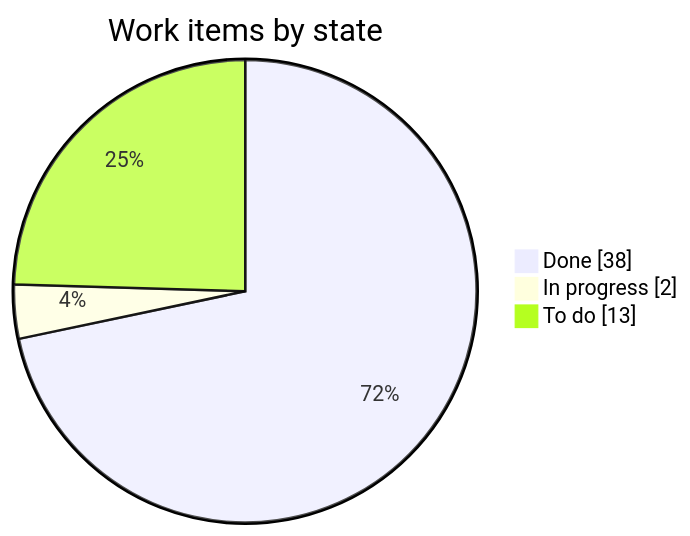
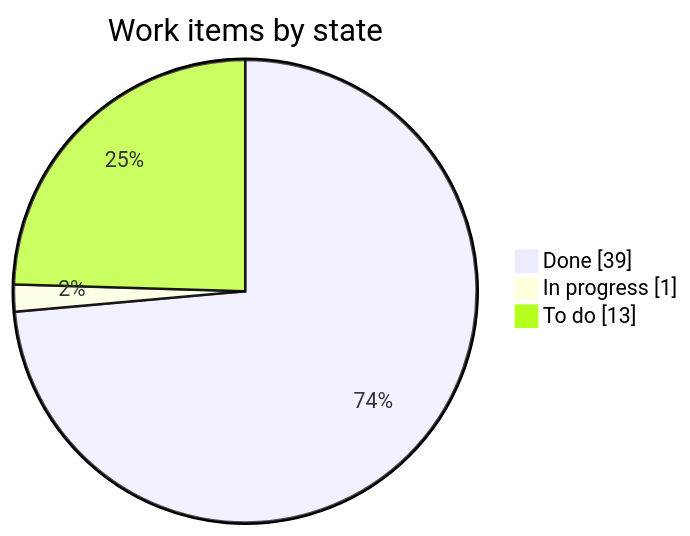
One commit to LoMagnette/ghost-light changed the first of 2 diagrams in STATUS.md. Above: the diagram before and after it, drawn with Mermaid. The commit also changed other lines of this file and 1 other file, not shown here.

````diff
--- a/STATUS.md
+++ b/STATUS.md
@@ -31,7 +31,7 @@
 ```mermaid
 pie showData
     title Work items by state
-    "Done" : 38
-    "In progress" : 2
+    "Done" : 39
+    "In progress" : 1
     "To do" : 13
 ```
````
